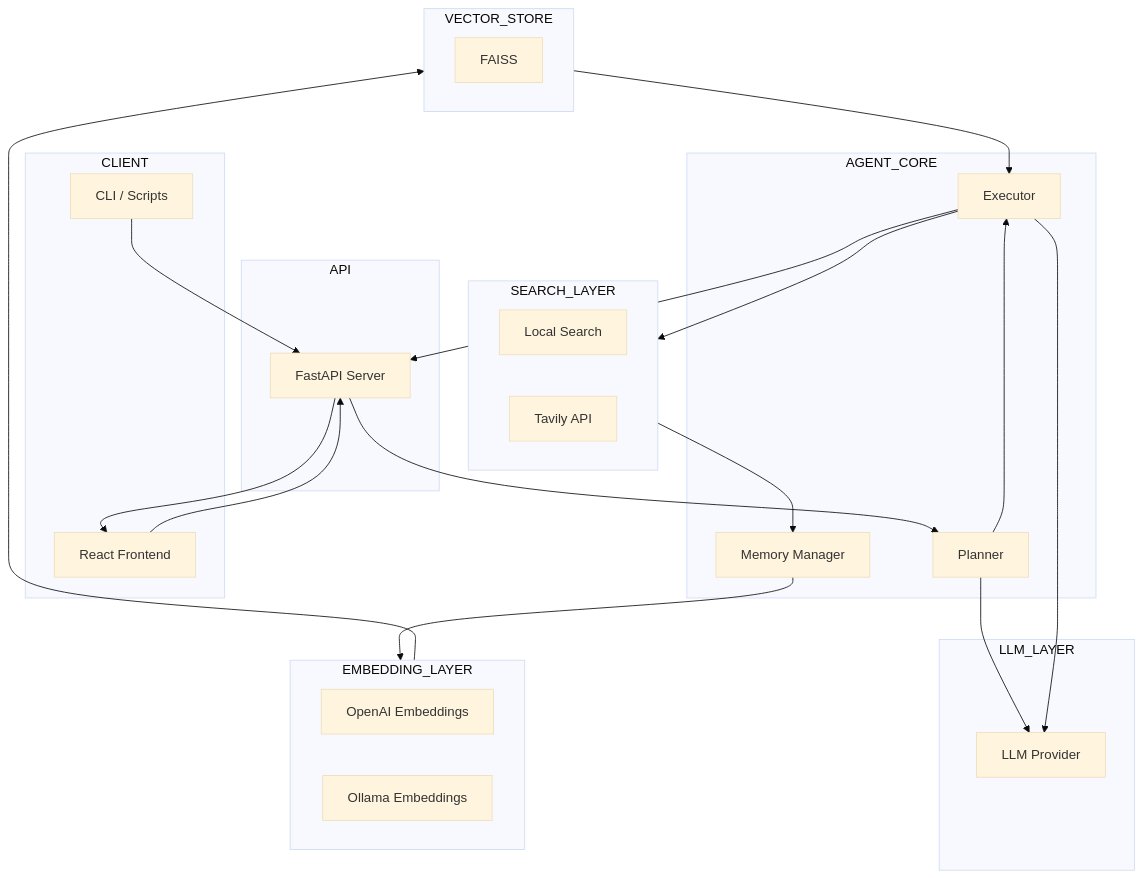
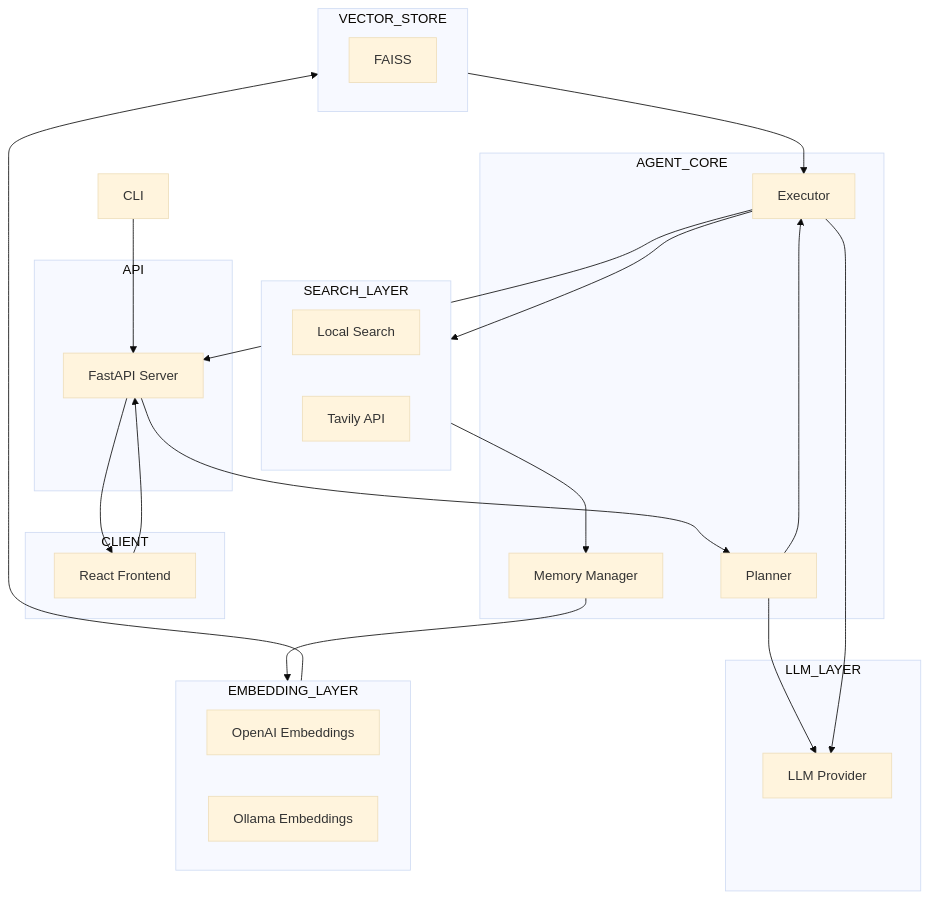
The diagram in README.md (nitinkr19/ai-research-agent), drawn with Mermaid (base theme) before and after one commit.

````diff
--- a/README.md
+++ b/README.md
@@ -80,57 +80,56 @@
 ```mermaid
 flowchart TD
     %% CLIENT LAYER
     subgraph CLIENT
         UI[React Frontend]
-        CLI[CLI / Scripts]
     end
 
     %% API LAYER
     subgraph API
         FastAPI[FastAPI Server]
     end
 
     %% AGENT CORE
     subgraph AGENT_CORE
         Planner[Planner]
         Executor[Executor]
         Memory[Memory Manager]
     end
 
     %% LLM LAYER
     subgraph LLM_LAYER
         LLM[LLM Provider]
     end
 
     %% SEARCH LAYER
     subgraph SEARCH_LAYER
         LocalSearch[Local Search]
         Tavily[Tavily API]
     end
 
     %% EMBEDDING LAYER
     subgraph EMBEDDING_LAYER
         OpenAIEmb[OpenAI Embeddings]
         OllamaEmb[Ollama Embeddings]
     end
 
     %% VECTOR STORE
     subgraph VECTOR_STORE
         FAISS[FAISS]
     end
 
     %% FLOW
     UI --> FastAPI
     CLI --> FastAPI
     FastAPI --> Planner
     Planner --> LLM
     Planner --> Executor
     Executor --> LLM
     Executor --> SEARCH_LAYER
     SEARCH_LAYER --> Memory
     Memory --> EMBEDDING_LAYER
     EMBEDDING_LAYER --> VECTOR_STORE
     VECTOR_STORE --> Executor
     Executor --> FastAPI
     FastAPI --> UI
 ```
````
